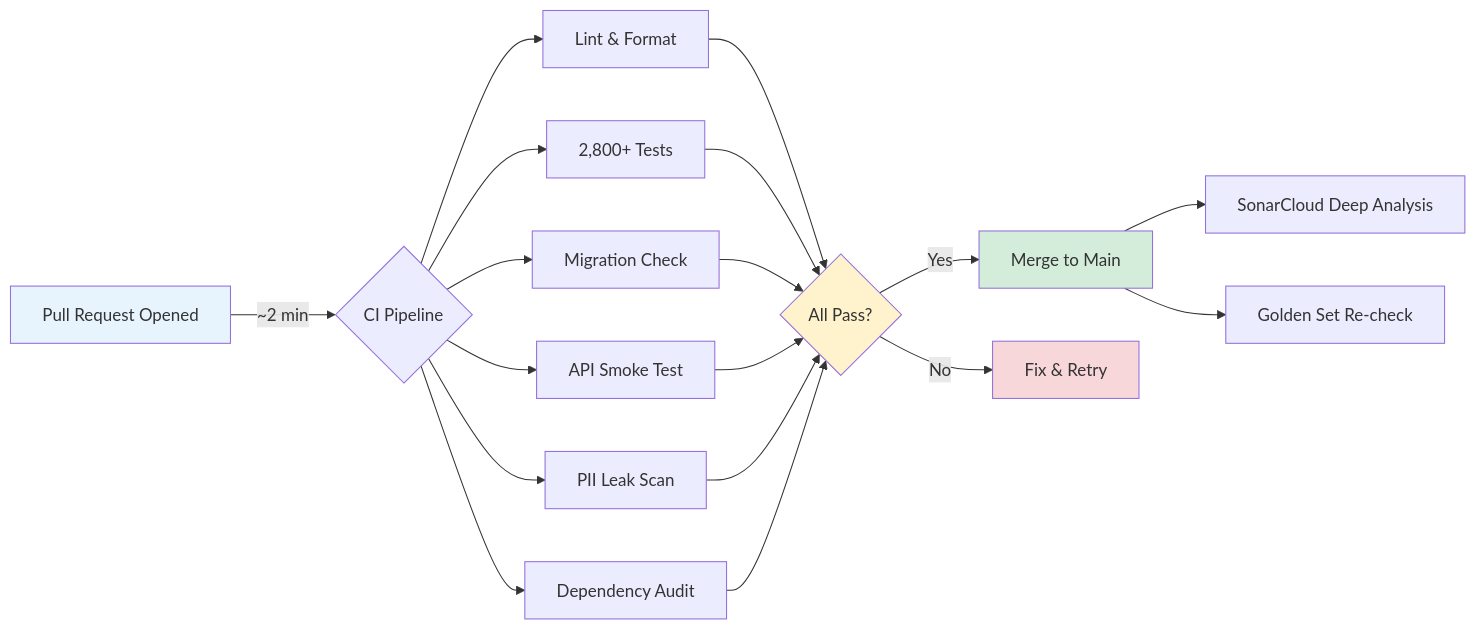
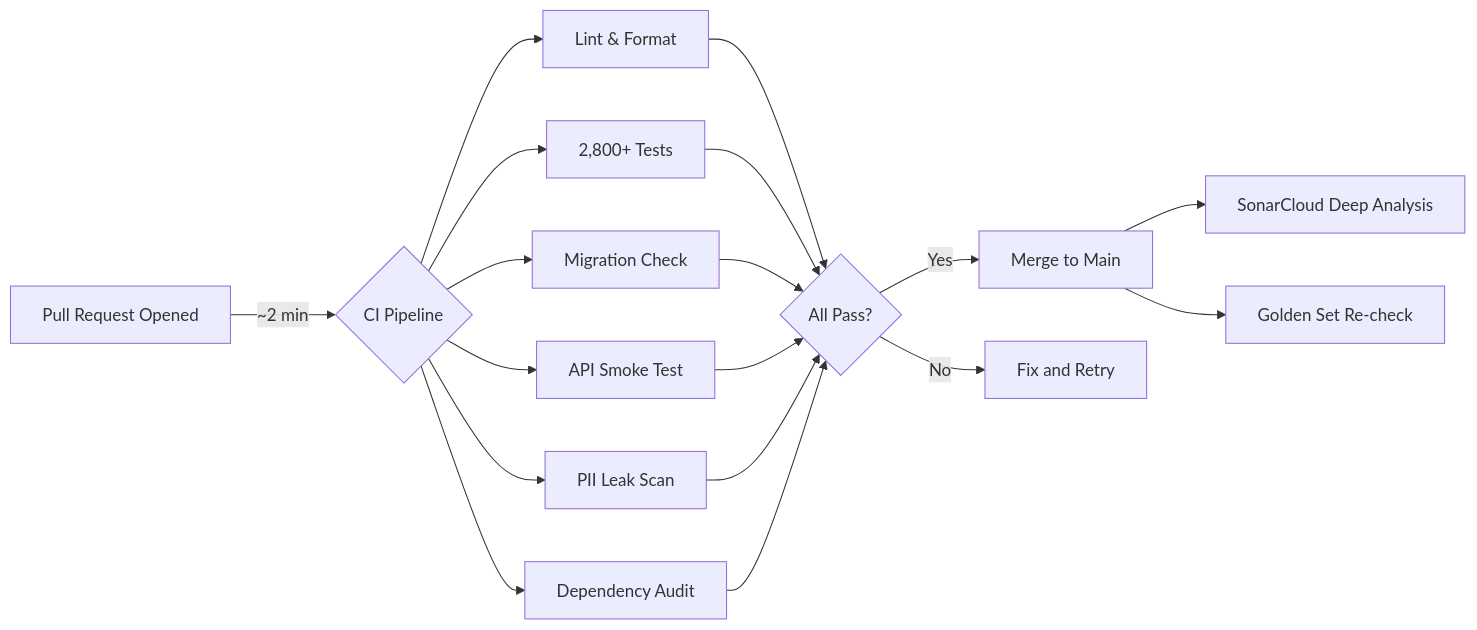
Before and after one commit to pleasedodisturb/kestrel: the second of 2 diagrams in docs/guides/how-testing-works.md, drawn with Mermaid. The commit also changed other lines of this file and 6 other files, not shown here.

First line of the commit message:
fix(G-464): simplify Mermaid diagrams for GitHub rendering (#267)

````diff
--- a/docs/guides/how-testing-works.md
+++ b/docs/guides/how-testing-works.md
@@ -84,22 +67,22 @@
 ```mermaid
 flowchart LR
     PR[Pull Request Opened] --> |"~2 min"| CI{CI Pipeline}
     CI --> LINT[Lint & Format]
     CI --> TEST[2,800+ Tests]
     CI --> MIG[Migration Check]
     CI --> SMOKE[API Smoke Test]
     CI --> PII_SCAN[PII Leak Scan]
     CI --> DEP_AUDIT[Dependency Audit]
 
-    LINT & TEST & MIG & SMOKE & PII_SCAN & DEP_AUDIT --> PASS{All Pass?}
+    LINT --> PASS{All Pass?}
+    TEST --> PASS
+    MIG --> PASS
+    SMOKE --> PASS
+    PII_SCAN --> PASS
+    DEP_AUDIT --> PASS
     PASS -->|Yes| MERGE[Merge to Main]
-    PASS -->|No| FIX[Fix & Retry]
+    PASS -->|No| FIX[Fix and Retry]
 
     MERGE --> SONAR_RUN[SonarCloud Deep Analysis]
     MERGE --> GOLDEN_RUN[Golden Set Re-check]
-
-    style PR fill:#e8f4fd
-    style PASS fill:#fff3cd
-    style MERGE fill:#d4edda
-    style FIX fill:#f8d7da
 ```
````
